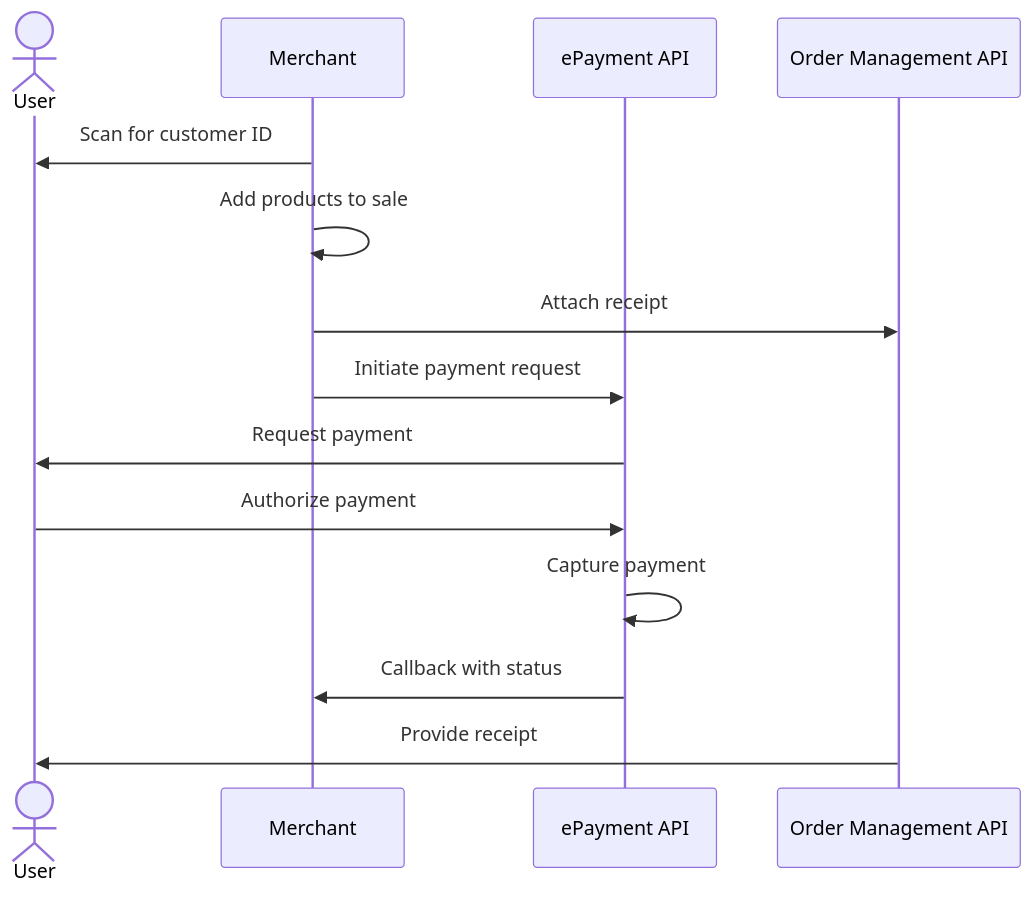
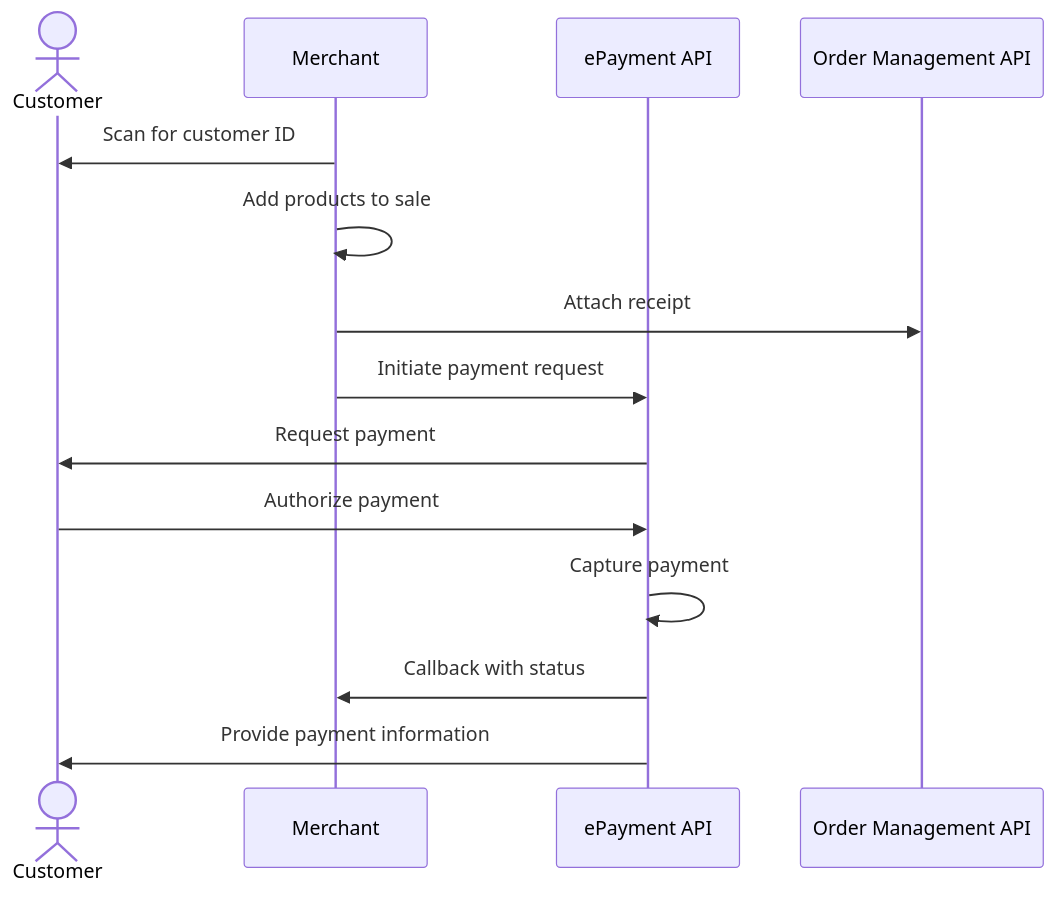
Before and after one commit to vippsas/vipps-solutions: the diagram in in-store/README.md, drawn with Mermaid.

Commit message:
Use Customer in sequence diagram

````diff
--- a/in-store/README.md
+++ b/in-store/README.md
@@ -115,16 +115,16 @@
 ``` mermaid
 sequenceDiagram
-    actor U as User
+    actor C as Customer
     participant M as Merchant
     participant ePayment as ePayment API
     participant ordermanagement as Order Management API
-    M->>U: Scan for customer ID
+    M->>C: Scan for customer ID
     M->>M: Add products to sale
     M->> ordermanagement: Attach receipt
     M->>ePayment: Initiate payment request
-    ePayment->>U: Request payment
-    U->>ePayment: Authorize payment
+    ePayment->>C: Request payment
+    C->>ePayment: Authorize payment
     ePayment->>ePayment: Capture payment
     ePayment->>M: Callback with status
-    ordermanagement->>U: Provide receipt
+    ePayment->>C: Provide payment information
 ```
````
